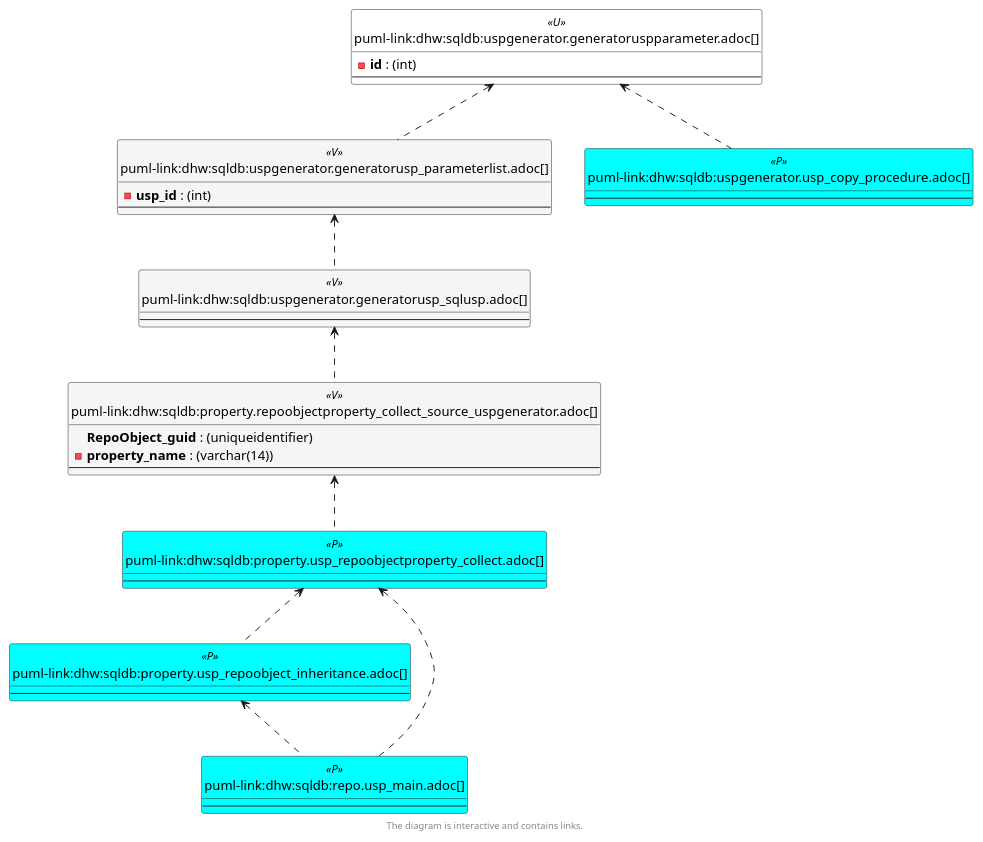
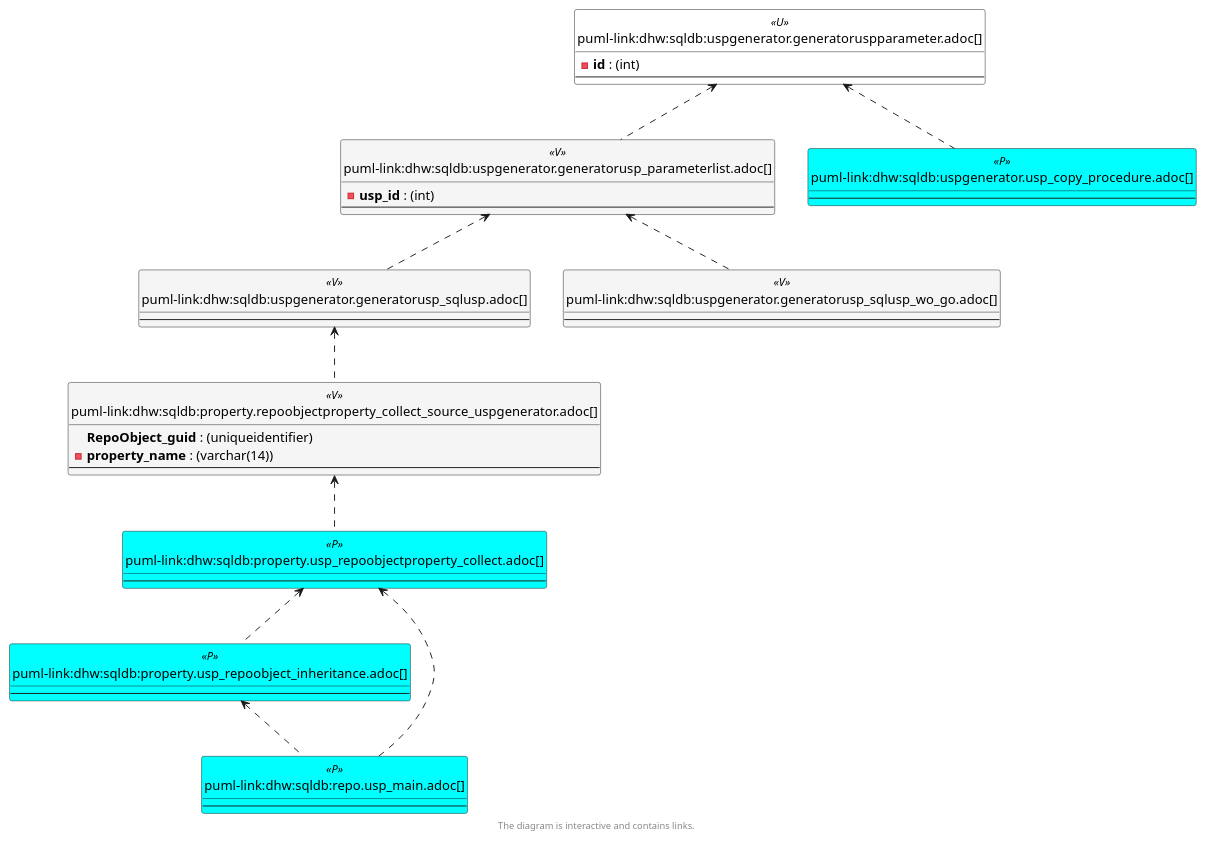
Before and after one commit to DataHandwerk/dhw-antora-sqldb: the fifth of 6 diagrams in docs/modules/sqldb/partials/content/uspgenerator.generatoruspparameter.adoc, drawn with PlantUML. The commit also changed other lines of this file and 701 other files, not shown here.

```diff
--- a/docs/modules/sqldb/partials/content/uspgenerator.generatoruspparameter.adoc
+++ b/docs/modules/sqldb/partials/content/uspgenerator.generatoruspparameter.adoc
@@ -997,6 +997,10 @@
   --
 }
 
+entity "puml-link:dhw:sqldb:uspgenerator.generatorusp_sqlusp_wo_go.adoc[]" as uspgenerator.GeneratorUsp_SqlUsp_wo_GO << V >> {
+  --
+}
+
 entity "puml-link:dhw:sqldb:uspgenerator.generatoruspparameter.adoc[]" as uspgenerator.GeneratorUspParameter << U >> {
   - **id** : (int)
   --
@@ -1011,6 +1015,7 @@
 property.usp_RepoObjectProperty_collect <.. property.usp_RepoObject_Inheritance
 property.usp_RepoObjectProperty_collect <.. repo.usp_main
 uspgenerator.GeneratorUsp_ParameterList <.. uspgenerator.GeneratorUsp_SqlUsp
+uspgenerator.GeneratorUsp_ParameterList <.. uspgenerator.GeneratorUsp_SqlUsp_wo_GO
 uspgenerator.GeneratorUsp_SqlUsp <.. property.RepoObjectProperty_Collect_source_uspgenerator
 uspgenerator.GeneratorUspParameter <.. uspgenerator.GeneratorUsp_ParameterList
 uspgenerator.GeneratorUspParameter <.. uspgenerator.usp_copy_procedure
```
